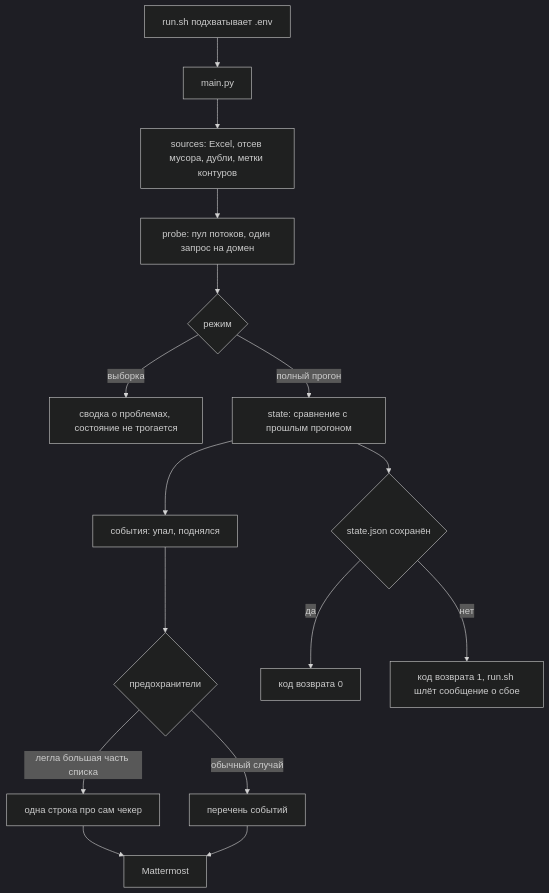
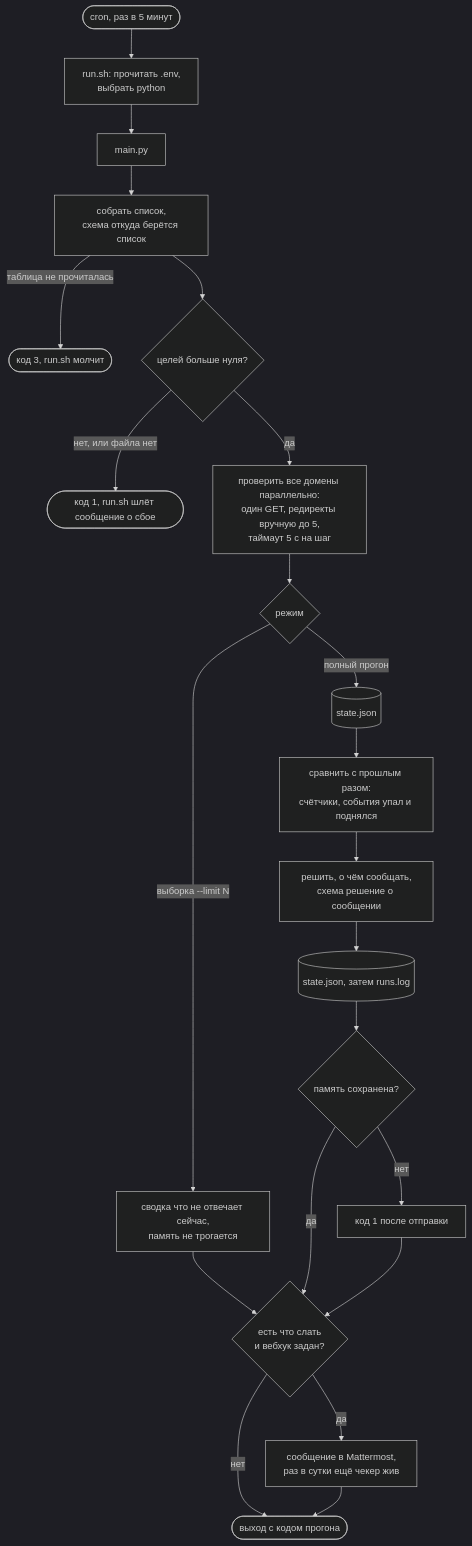
One commit to not-hehe/digital_tools changed the first of 6 diagrams in automation/main_domain_checker/README.md. Above: the diagram before and after it, drawn with Mermaid (dark theme). The commit also changed other lines of this file and 13 other files, not shown here.

````diff
--- a/automation/main_domain_checker/README.md
+++ b/automation/main_domain_checker/README.md
@@ -46,18 +131,23 @@
 ```mermaid
 flowchart TD
-    A[run.sh подхватывает .env] --> B[main.py]
-    B --> C[sources: Excel, отсев мусора, дубли, метки контуров]
-    C --> D[probe: пул потоков, один запрос на домен]
-    D --> E{режим}
-    E -- выборка --> F[сводка о проблемах, состояние не трогается]
-    E -- полный прогон --> G[state: сравнение с прошлым прогоном]
-    G --> H[события: упал, поднялся]
-    H --> I{предохранители}
-    I -- легла большая часть списка --> J[одна строка про сам чекер]
-    I -- обычный случай --> K[перечень событий]
-    J --> L[Mattermost]
-    K --> L
-    G --> M{state.json сохранён}
-    M -- да --> N[код возврата 0]
-    M -- нет --> O[код возврата 1, run.sh шлёт сообщение о сбое]
+    CRON([cron, раз в 5 минут]) --> ENV[run.sh: прочитать .env,<br/>выбрать python]
+    ENV --> MAIN[main.py]
+    MAIN --> LOAD[собрать список,<br/>схема откуда берётся список]
+    LOAD -->|таблица не прочиталась| EXIT3([код 3, run.sh молчит])
+    LOAD --> EMPTY{целей больше нуля?}
+    EMPTY -->|нет, или файла нет| EXIT1([код 1, run.sh шлёт сообщение о сбое])
+    EMPTY -->|да| PROBE[проверить все домены параллельно:<br/>один GET, редиректы вручную до 5,<br/>таймаут 5 с на шаг]
+    PROBE --> MODE{режим}
+    MODE -->|выборка --limit N| SAMPLE[сводка что не отвечает сейчас,<br/>память не трогается] --> SEND
+    MODE -->|полный прогон| STATE[(state.json)]
+    STATE --> APPLY[сравнить с прошлым разом:<br/>счётчики, события упал и поднялся]
+    APPLY --> PICK[решить, о чём сообщать,<br/>схема решение о сообщении]
+    PICK --> SAVE[(state.json, затем runs.log)]
+    SAVE --> SAVED{память сохранена?}
+    SAVED -->|нет| EXIT1B[код 1 после отправки]
+    SAVED -->|да| SEND{есть что слать<br/>и вебхук задан?}
+    EXIT1B --> SEND
+    SEND -->|да| MM[сообщение в Mattermost,<br/>раз в сутки ещё чекер жив]
+    SEND -->|нет| END([выход с кодом прогона])
+    MM --> END
 ```
````
